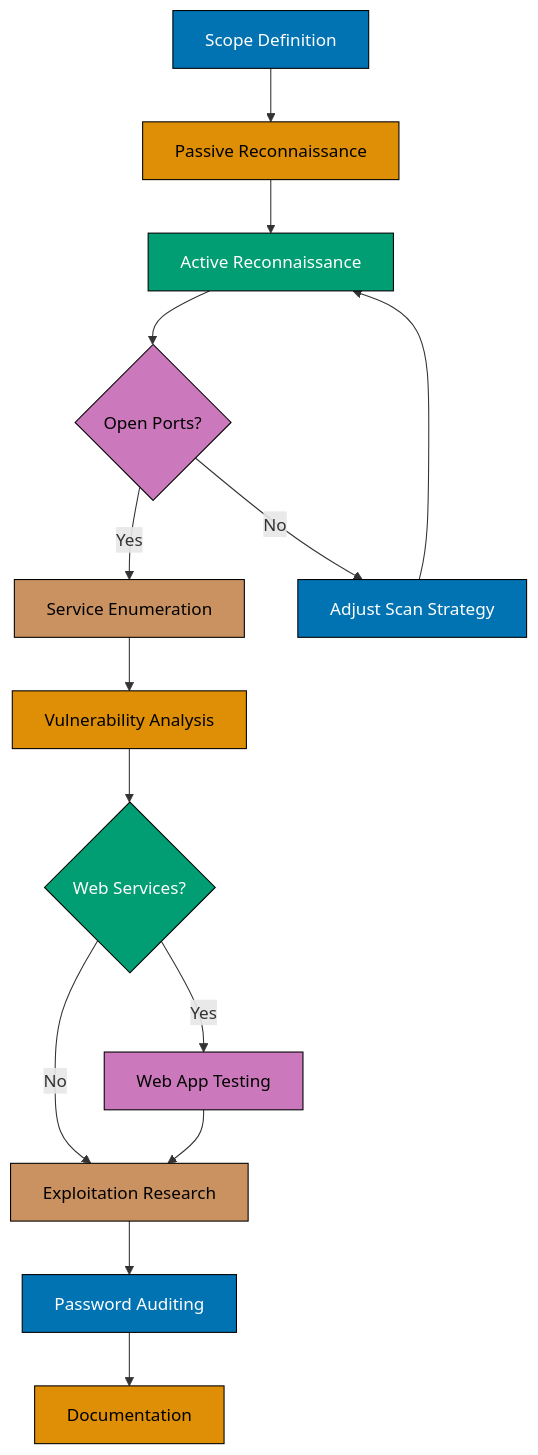
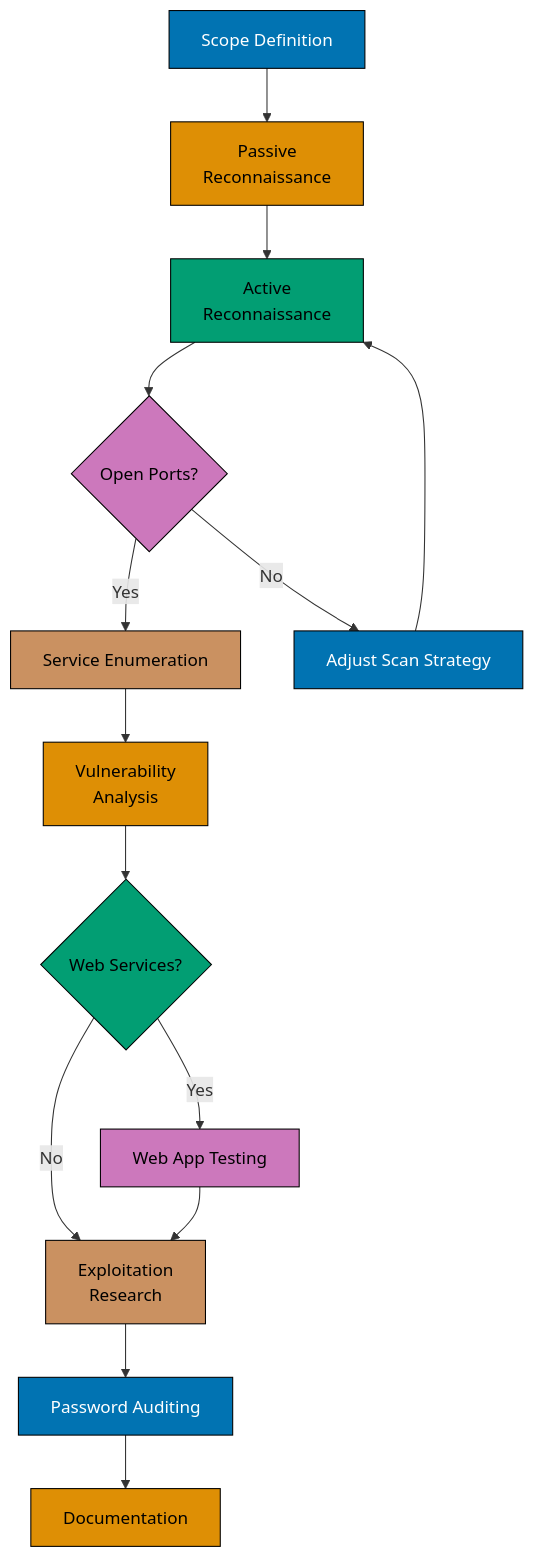
Before and after one commit to wahidyankf/ose-public: the first of 3 diagrams in apps/ayokoding-www/content/en/learn/legacy/information-security/tools/kali-linux/beginner.md, drawn with Mermaid. The commit also changed other lines of this file and 50 other files, not shown here.

First line of the commit message:
fix(mermaid): bring the docs, governance, plans, and legacy AI diagrams onto the accessible palette

````diff
--- a/apps/ayokoding-www/content/en/learn/legacy/information-security/tools/kali-linux/beginner.md
+++ b/apps/ayokoding-www/content/en/learn/legacy/information-security/tools/kali-linux/beginner.md
@@ -45,30 +45,38 @@
 ```mermaid
 %% Color Palette: Blue #0173B2, Orange #DE8F05, Teal #029E73, Purple #CC78BC, Brown #CA9161
 flowchart TD
-    A[Scope Definition] --> B[Passive Reconnaissance]
-    B --> C[Active Reconnaissance]
+    accTitle: Kali Linux Penetration Testing Workflow
+    accDescr: Flowchart with 12 nodes and 13 connections. Nodes: Scope Definition, Passive Reconnaissance, Active Reconnaissance, Open Ports?, Service Enumeration, Adjust Scan Strategy, Vulnerability Analysis, Web Services?, Web App Testing, Exploitation Research, Password Auditing, Documentation. Connections: Scope Definition to Passive Reconnaissance, Passive Reconnaissance to Active Reconnaissance, Active Reconnaissance to Open Ports?, Open Ports? to Service Enumeration (Yes), Open Ports? to Adjust Scan Strategy (No), Adjust Scan Strategy to Active Reconnaissance, Service Enumeration to Vulnerability Analysis, Vulnerability Analysis to Web Services?, Web Services? to Web App Testing (Yes), Web Services? to Exploitation Research (No), Web App Testing to Exploitation Research, Exploitation Research to Password Auditing, and 1 more.
+    A[Scope Definition] --> B[Passive<br/>Reconnaissance]
+    B --> C[Active<br/>Reconnaissance]
     C --> D{Open Ports?}
     D -->|Yes| E[Service Enumeration]
     D -->|No| F[Adjust Scan Strategy]
     F --> C
-    E --> G[Vulnerability Analysis]
+    E --> G[Vulnerability<br/>Analysis]
     G --> H{Web Services?}
     H -->|Yes| I[Web App Testing]
-    H -->|No| J[Exploitation Research]
+    H -->|No| J[Exploitation<br/>Research]
     I --> J
     J --> K[Password Auditing]
     K --> L[Documentation]
 
-    style A fill:#0173B2,stroke:#000,color:#fff
-    style B fill:#DE8F05,stroke:#000,color:#000
-    style C fill:#029E73,stroke:#000,color:#fff
-    style D fill:#CC78BC,stroke:#000,color:#000
-    style E fill:#CA9161,stroke:#000,color:#000
-    style F fill:#0173B2,stroke:#000,color:#fff
-    style G fill:#DE8F05,stroke:#000,color:#000
-    style H fill:#029E73,stroke:#000,color:#fff
-    style I fill:#CC78BC,stroke:#000,color:#000
-    style J fill:#CA9161,stroke:#000,color:#000
-    style K fill:#0173B2,stroke:#000,color:#fff
-    style L fill:#DE8F05,stroke:#000,color:#000
+    classDef pal-0173B2 fill:#0173B2,stroke:#000000,color:#FFFFFF
+    class A pal-0173B2
+    classDef pal-DE8F05 fill:#DE8F05,stroke:#000000,color:#000000
+    class B pal-DE8F05
+    classDef pal-029E73 fill:#029E73,stroke:#000000,color:#000000
+    class C pal-029E73
+    classDef pal-CC78BC fill:#CC78BC,stroke:#000000,color:#000000
+    class D pal-CC78BC
+    classDef pal-CA9161 fill:#CA9161,stroke:#000000,color:#000000
+    class E pal-CA9161
+    class F pal-0173B2
+    class G pal-DE8F05
+    class H pal-029E73
+    class I pal-CC78BC
+    class J pal-CA9161
+    class K pal-0173B2
+    class L pal-DE8F05
+    classDef default fill:#FFFFFF,stroke:#000000,color:#000000
 ```
````
